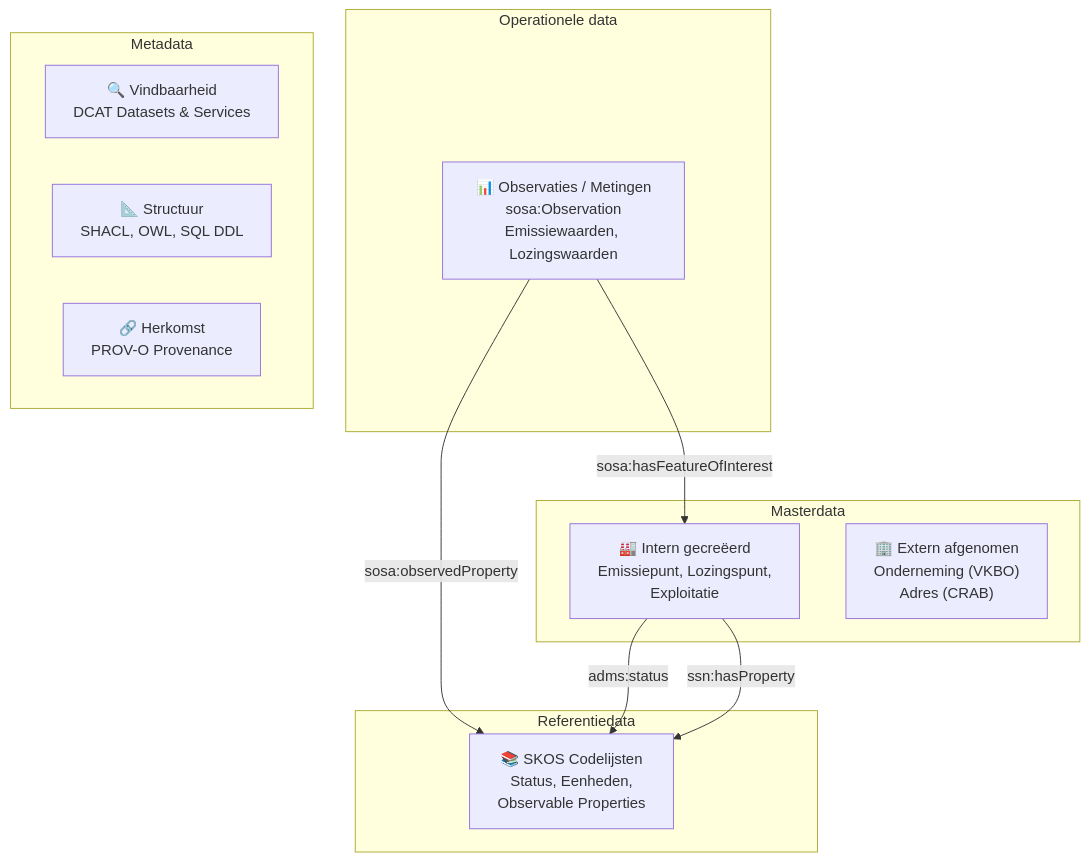
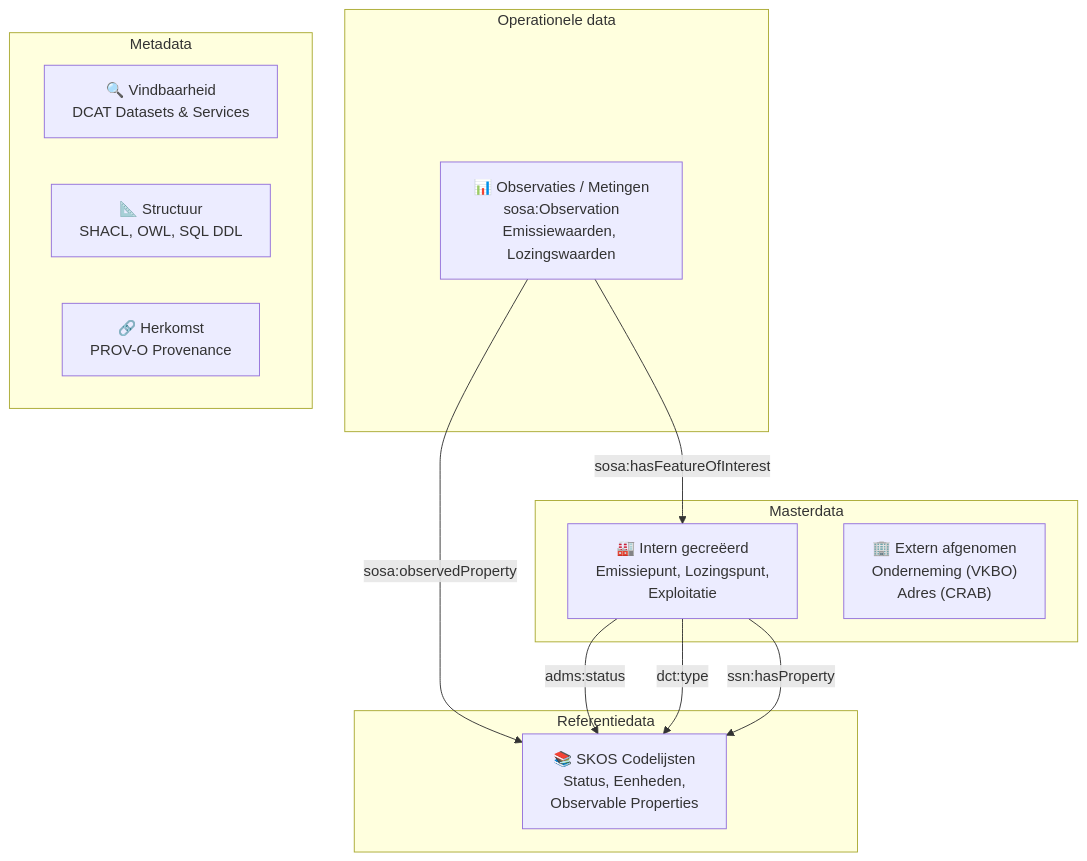
One commit to milieuinfo/RIE-IEPR changed the first of 5 diagrams in presentatie/teamdrink_2026_06_03/kennisdeling_datalake.md. Above: the diagram before and after it, drawn with Mermaid.

Commit message:
kennisdeling presentatie

````diff
--- a/presentatie/teamdrink_2026_06_03/kennisdeling_datalake.md
+++ b/presentatie/teamdrink_2026_06_03/kennisdeling_datalake.md
@@ -22,26 +22,27 @@
 ```mermaid
 graph TD
     subgraph Masterdata
         MD1["🏭 Intern gecreëerd<br/>Emissiepunt, Lozingspunt,<br/>Exploitatie"]
         MD2["🏢 Extern afgenomen<br/>Onderneming (VKBO)<br/>Adres (CRAB)"]
     end
 
     subgraph Referentiedata
         RD["📚 SKOS Codelijsten<br/>Status, Eenheden,<br/>Observable Properties"]
     end
 
     subgraph Operationele data
         OD["📊 Observaties / Metingen<br/>sosa:Observation<br/>Emissiewaarden, Lozingswaarden"]
     end
 
     subgraph Metadata
         META1["🔍 Vindbaarheid<br/>DCAT Datasets &amp; Services"]
         META2["📐 Structuur<br/>SHACL, OWL, SQL DDL"]
         META3["🔗 Herkomst<br/>PROV-O Provenance"]
     end
 
     OD -->|"sosa:hasFeatureOfInterest"| MD1
     OD -->|"sosa:observedProperty"| RD
     MD1 -->|"adms:status"| RD
+    MD1 -->|"dct:type"| RD
     MD1 -->|"ssn:hasProperty"| RD
 ```
````
